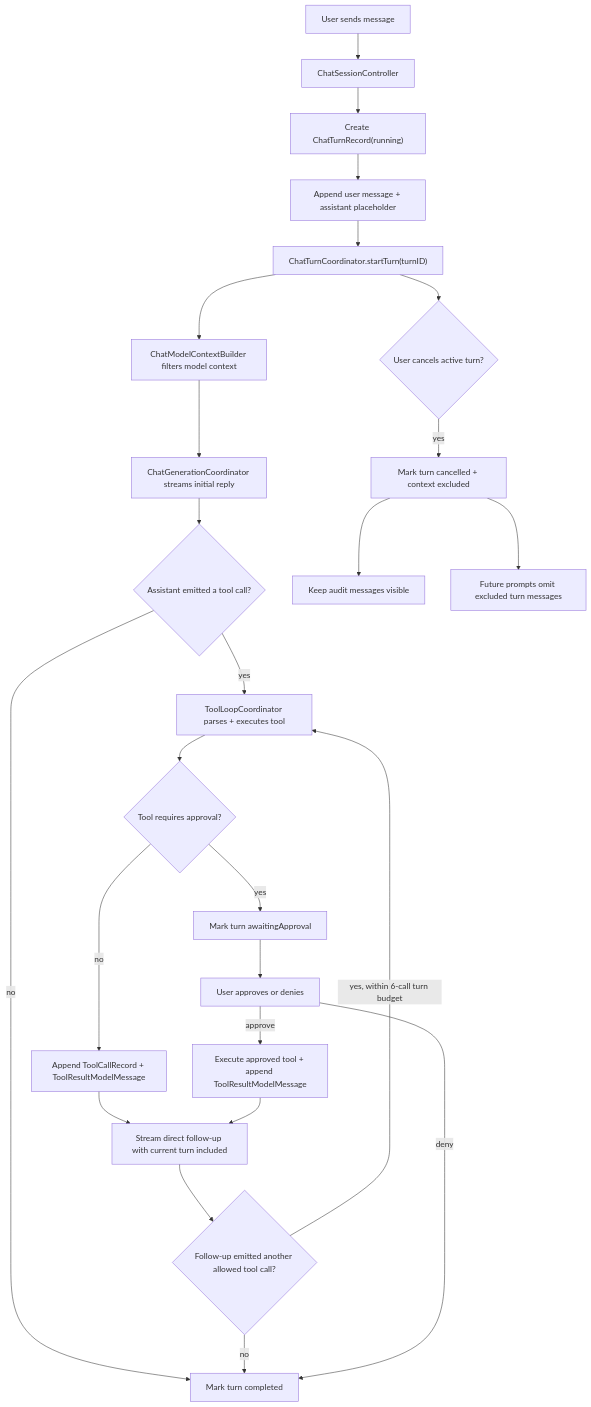
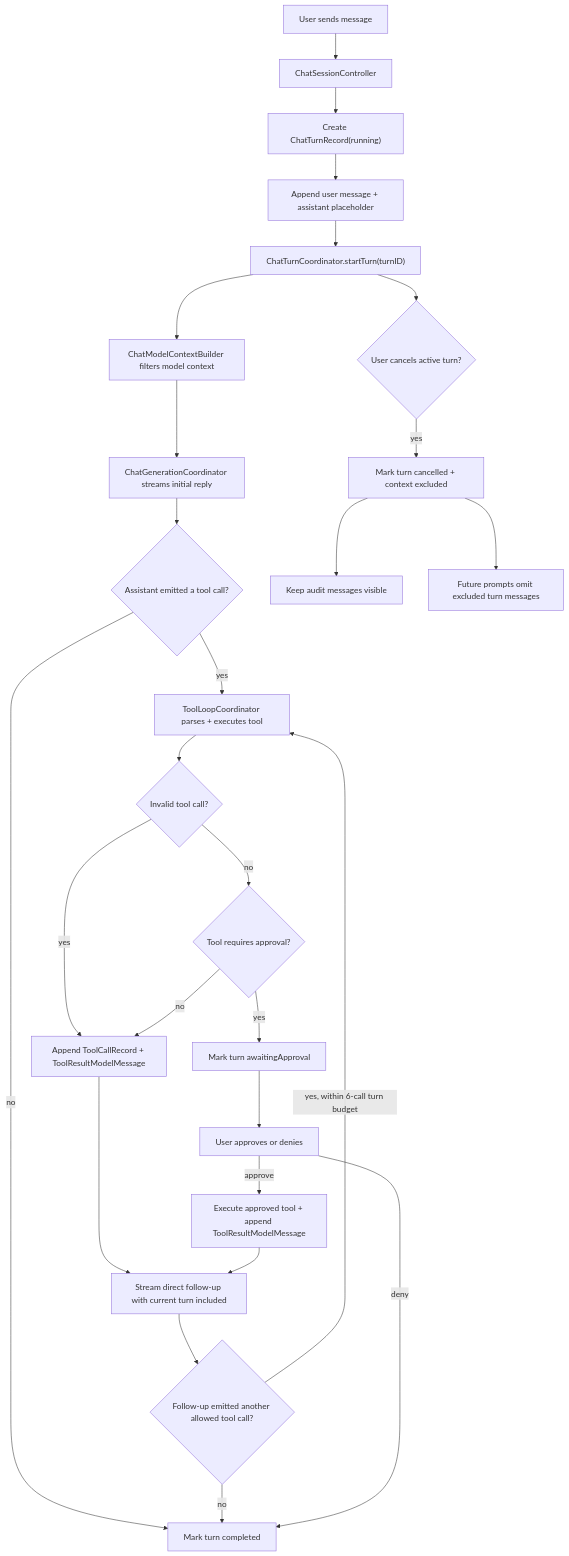
The diagram in docs/chat-runtime.md (ngutech21/sumika-chat), drawn with Mermaid before and after one commit. The commit also changed other lines of this file and 7 other files, not shown here.

Commit message:
feat: Enhance tool call handling with invalid tool observations and recovery mechanisms

````diff
--- a/docs/chat-runtime.md
+++ b/docs/chat-runtime.md
@@ -10,27 +10,29 @@
 ```mermaid
 flowchart TD
   A["User sends message"] --> B["ChatSessionController"]
   B --> C["Create ChatTurnRecord(running)"]
   C --> D["Append user message + assistant placeholder"]
   D --> E["ChatTurnCoordinator.startTurn(turnID)"]
   E --> F["ChatModelContextBuilder filters model context"]
   F --> G["ChatGenerationCoordinator streams initial reply"]
   G --> H{"Assistant emitted a tool call?"}
   H -- "no" --> I["Mark turn completed"]
   H -- "yes" --> J["ToolLoopCoordinator parses + executes tool"]
-  J --> K{"Tool requires approval?"}
+  J --> V{"Invalid tool call?"}
+  V -- "yes" --> L
+  V -- "no" --> K{"Tool requires approval?"}
   K -- "no" --> L["Append ToolCallRecord + ToolResultModelMessage"]
   L --> Q["Stream direct follow-up with current turn included"]
   Q --> U{"Follow-up emitted another allowed tool call?"}
   U -- "yes, within 6-call turn budget" --> J
   U -- "no" --> I
   K -- "yes" --> R["Mark turn awaitingApproval"]
   R --> S["User approves or denies"]
   S -- "approve" --> T["Execute approved tool + append ToolResultModelMessage"]
   T --> Q
   S -- "deny" --> I
   E --> M{"User cancels active turn?"}
   M -- "yes" --> N["Mark turn cancelled + context excluded"]
   N --> O["Keep audit messages visible"]
   N --> P["Future prompts omit excluded turn messages"]
 ```
````
